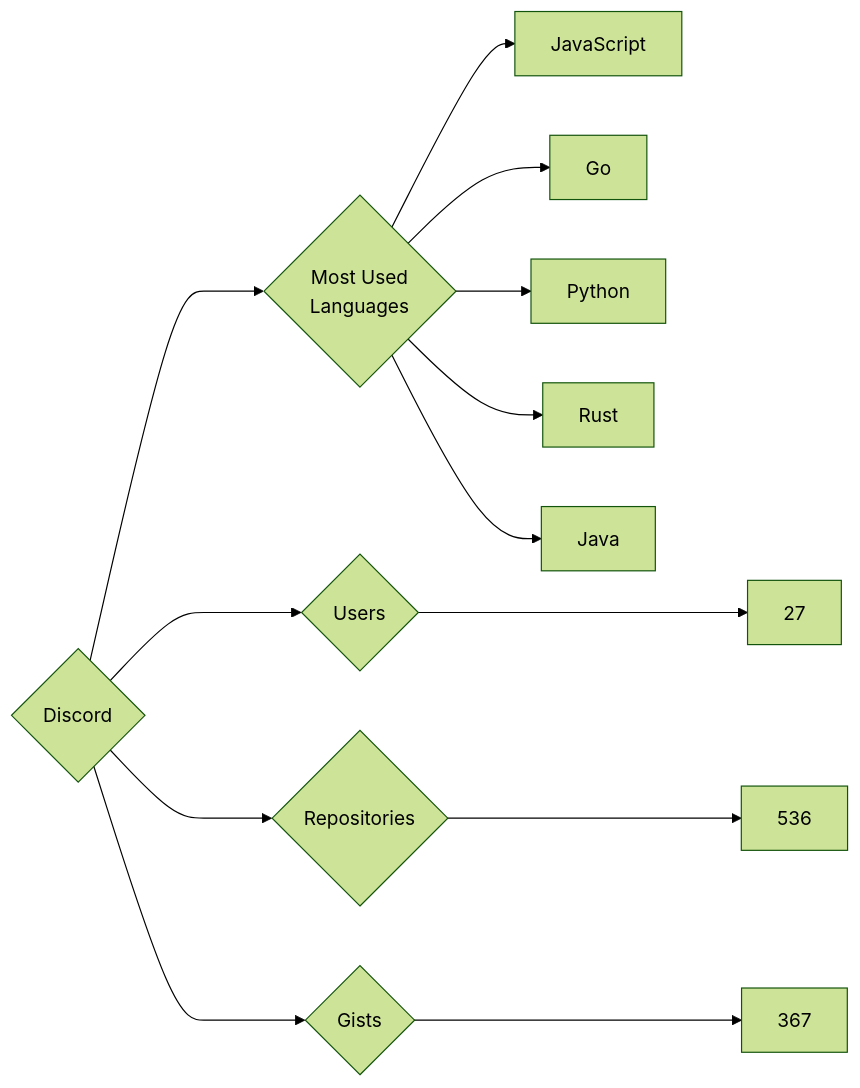
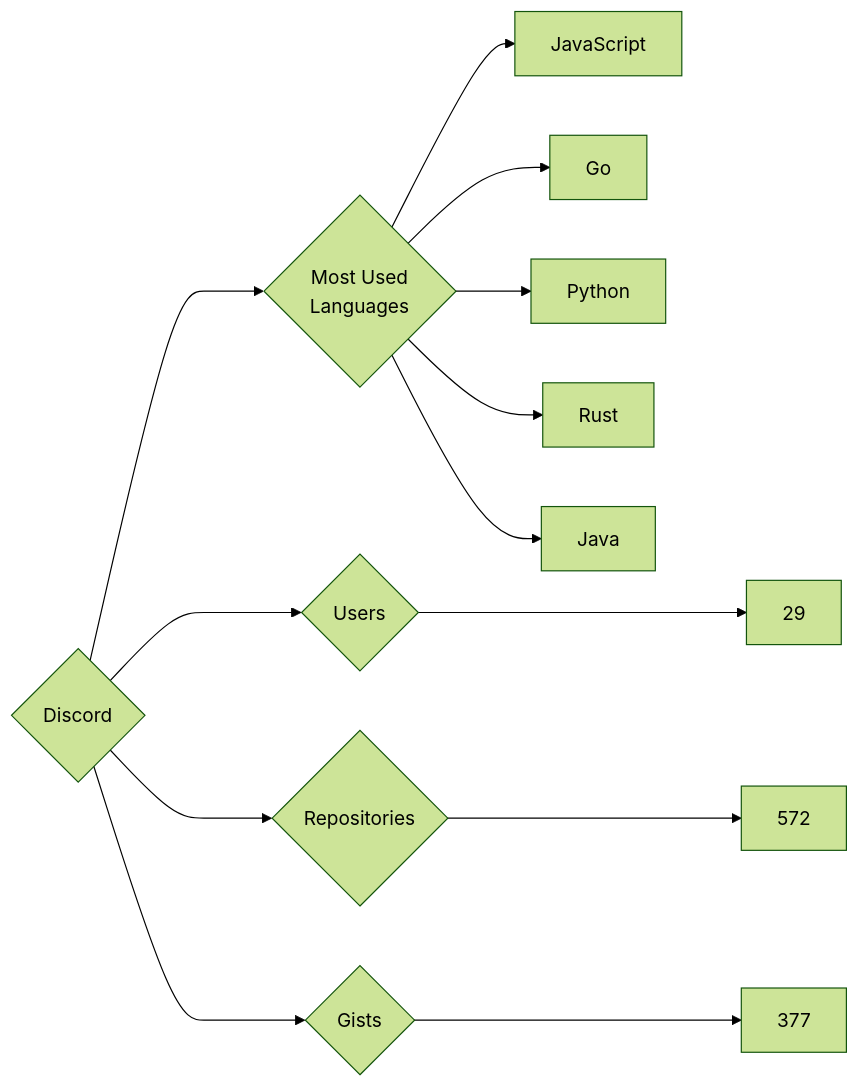
Before and after one commit to trickest/insiders: the diagram in targets/Discord/README.md, drawn with Mermaid (forest theme). The commit also changed 809 other files, not shown here.

````diff
--- a/targets/Discord/README.md
+++ b/targets/Discord/README.md
@@ -3,13 +3,13 @@
 ```mermaid
 graph LR
 COMPANY_NAME{Discord}
-COMPANY_NAME ---> U{Users} ---> UN[27]
-COMPANY_NAME ---> R{Repositories} ---> RN[536]
-COMPANY_NAME ---> G{Gists} ---> GN[367]
+COMPANY_NAME ---> U{Users} ---> UN[29]
+COMPANY_NAME ---> R{Repositories} ---> RN[572]
+COMPANY_NAME ---> G{Gists} ---> GN[377]
 COMPANY_NAME ---> ML{Most Used<br>Languages}
 ML --> JavaScript[JavaScript]
 ML --> Go[Go]
 ML --> Python[Python]
 ML --> Rust[Rust]
 ML --> Java[Java]
 ```
````
